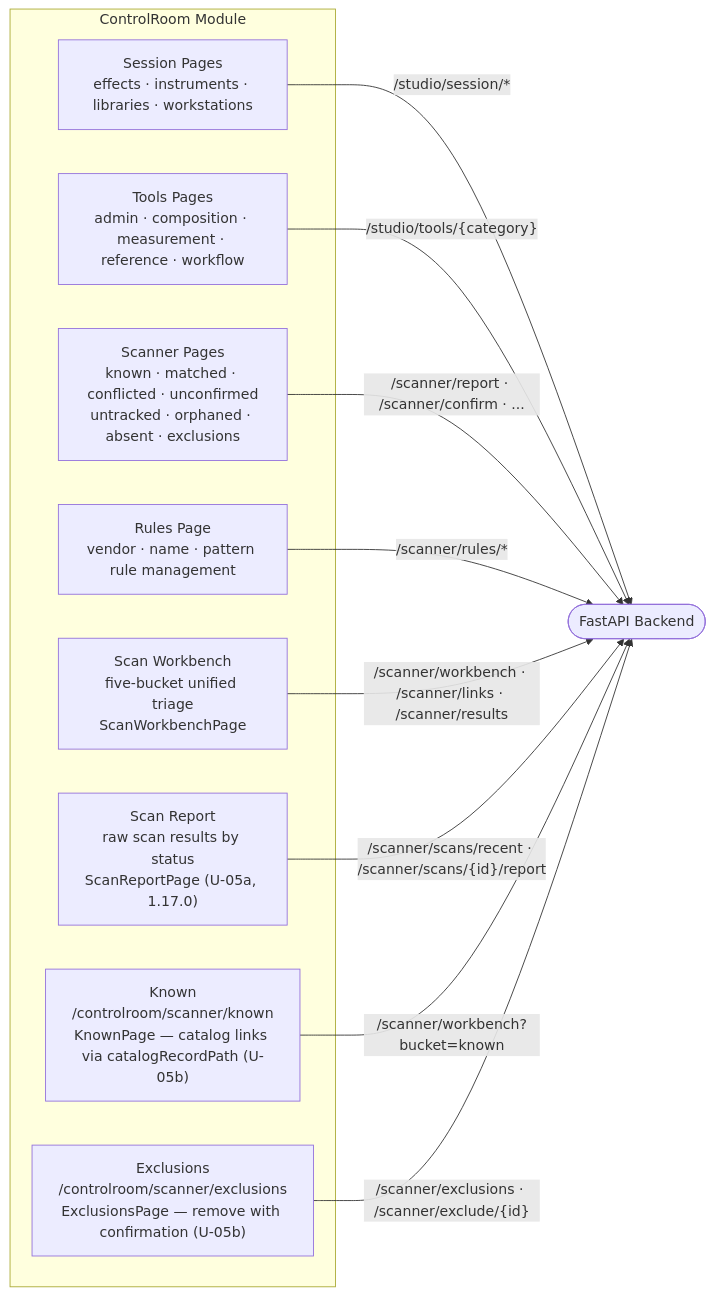
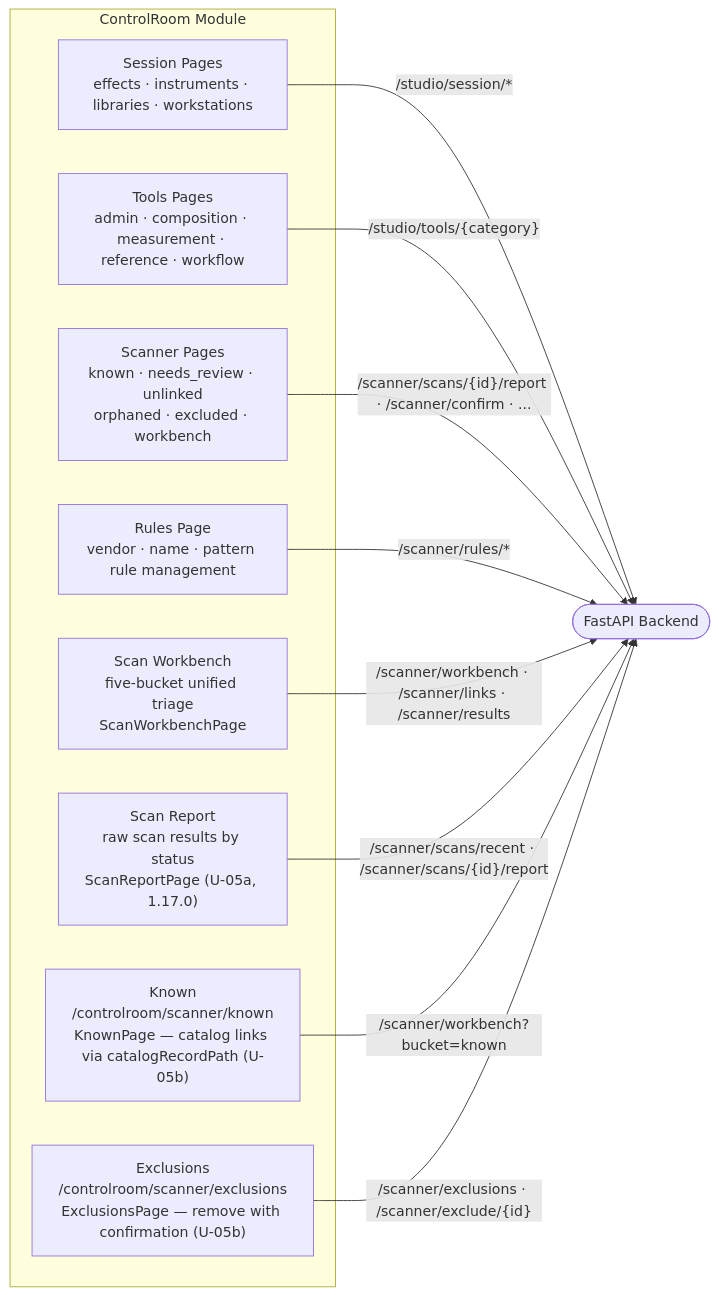
Before and after one commit to edtbl76/stud.io: the first of 2 diagrams in docs/arch/diagrams/l3-pages.md, drawn with Mermaid. The commit also changed 34 other files, not shown here.

Commit message:
Refactor scanner schema and logic for simplicity and clarity (#115)

````diff
--- a/docs/arch/diagrams/l3-pages.md
+++ b/docs/arch/diagrams/l3-pages.md
@@ -9,24 +9,24 @@
 ```mermaid
 graph LR
     subgraph controlroom ["ControlRoom Module"]
         session_pages["Session Pages\neffects · instruments · libraries · workstations"]
         tools_pages["Tools Pages\nadmin · composition · measurement · reference · workflow"]
-        scanner_pages["Scanner Pages\nknown · matched · conflicted · unconfirmed\nuntracked · orphaned · absent · exclusions"]
+        scanner_pages["Scanner Pages\nknown · needs_review · unlinked\norphaned · excluded · workbench"]
         rules_pages["Rules Page\nvendor · name · pattern rule management"]
         workbench_page["Scan Workbench\nfive-bucket unified triage\nScanWorkbenchPage"]
         report_page["Scan Report\nraw scan results by status\nScanReportPage (U-05a, 1.17.0)"]
         known_page["Known\n/controlroom/scanner/known\nKnownPage — catalog links via catalogRecordPath (U-05b)"]
         exclusions_page["Exclusions\n/controlroom/scanner/exclusions\nExclusionsPage — remove with confirmation (U-05b)"]
     end
 
     backend(["FastAPI Backend"])
 
     session_pages -->|"/studio/session/*"| backend
     tools_pages -->|"/studio/tools/{category}"| backend
-    scanner_pages -->|"/scanner/report · /scanner/confirm · ..."| backend
+    scanner_pages -->|"/scanner/scans/{id}/report · /scanner/confirm · ..."| backend
     rules_pages -->|"/scanner/rules/*"| backend
     workbench_page -->|"/scanner/workbench · /scanner/links · /scanner/results"| backend
     report_page -->|"/scanner/scans/recent · /scanner/scans/{id}/report"| backend
     known_page -->|"/scanner/workbench?bucket=known"| backend
     exclusions_page -->|"/scanner/exclusions · /scanner/exclude/{id}"| backend
 ```
````
